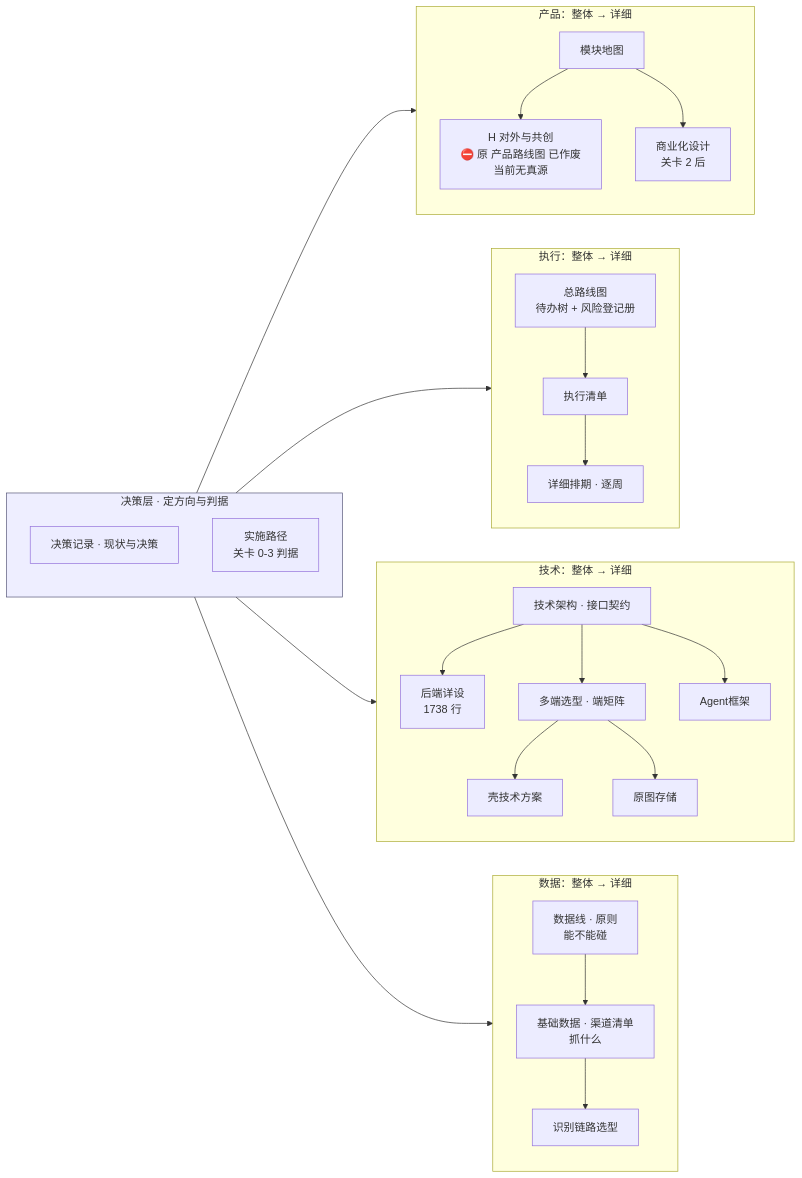
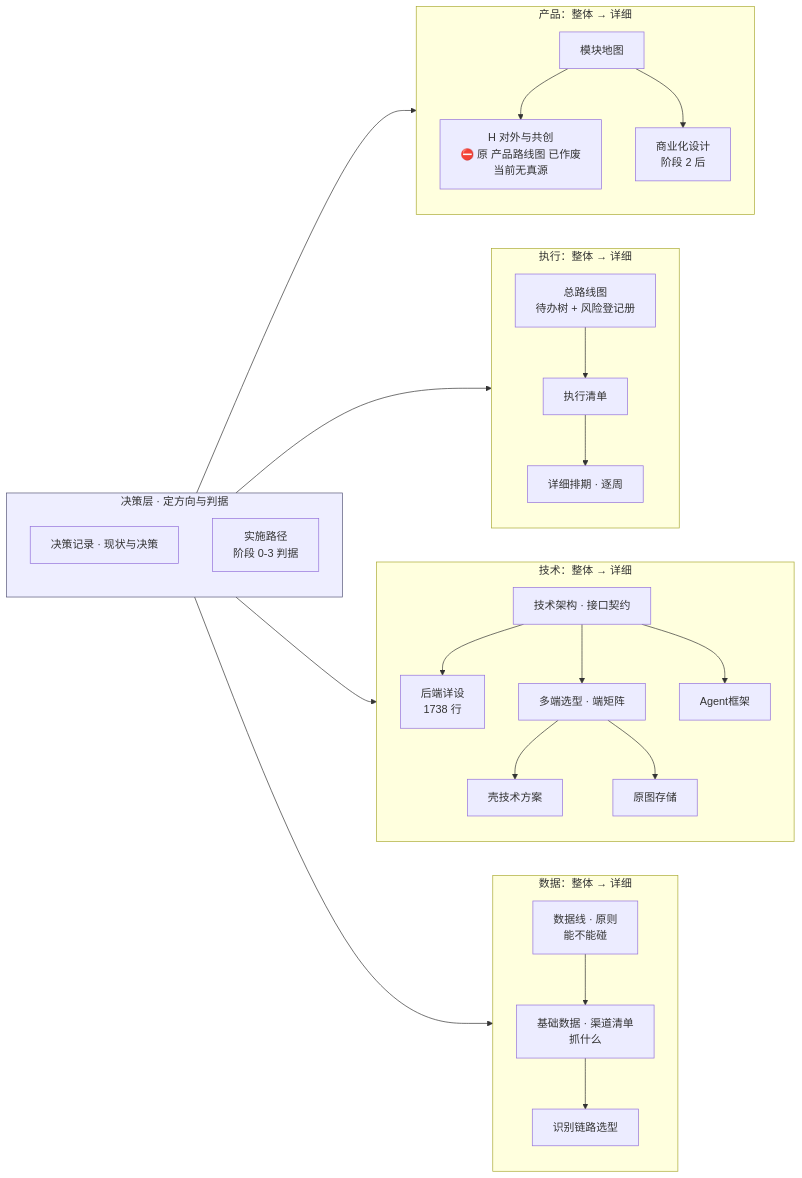
The diagram in docs/INDEX.md (chenyuanjin/kubic), drawn with Mermaid before and after one commit. The commit also changed other lines of this file and 249 other files, not shown here.

````diff
--- a/docs/INDEX.md
+++ b/docs/INDEX.md
@@ -161,37 +161,37 @@
 ```mermaid
 flowchart LR
     subgraph 决策["决策层 · 定方向与判据"]
         A1["决策记录 · 现状与决策"]
-        A2["实施路径<br/>关卡 0-3 判据"]
+        A2["实施路径<br/>阶段 0-3 判据"]
     end
 
     subgraph 产品["产品：整体 → 详细"]
         B1["模块地图"] --> B2["H 对外与共创<br/>⛔ 原 产品路线图 已作废<br/>当前无真源"]
-        B1 --> B3["商业化设计<br/>关卡 2 后"]
+        B1 --> B3["商业化设计<br/>阶段 2 后"]
     end
 
     subgraph 执行["执行：整体 → 详细"]
         C1["总路线图<br/>待办树 + 风险登记册"] --> C2["执行清单"]
         C2 --> C3["详细排期 · 逐周"]
     end
 
     subgraph 技术["技术：整体 → 详细"]
         D1["技术架构 · 接口契约"] --> D2["后端详设<br/>1738 行"]
         D1 --> D3["多端选型 · 端矩阵"]
         D3 --> D4["壳技术方案"]
         D3 --> D5["原图存储"]
         D1 --> D6["Agent框架"]
     end
 
     subgraph 数据["数据：整体 → 详细"]
         E1["数据线 · 原则<br/>能不能碰"] --> E2["基础数据 · 渠道清单<br/>抓什么"]
         E2 --> E3["识别链路选型"]
     end
 
     决策 --> 产品
     决策 --> 执行
     决策 --> 技术
     决策 --> 数据
 
     style 决策 fill:#eef,stroke:#557
 ```
````
